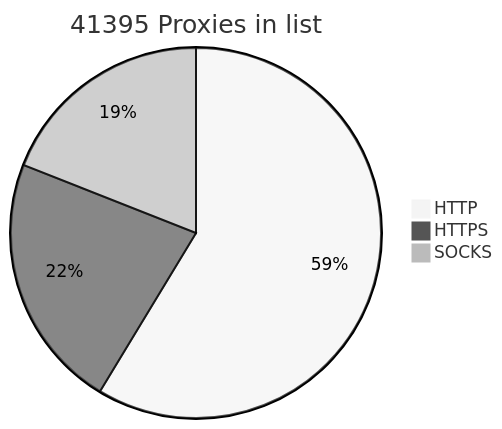
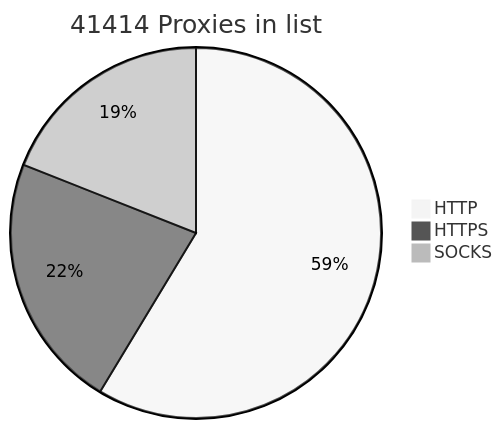
One commit to BlackSnowDot/proxylist-update-every-minute changed the diagram in README.md. Above: the diagram before and after it, drawn with Mermaid (neutral theme).

````diff
--- a/README.md
+++ b/README.md
@@ -2,6 +2,6 @@
 ```mermaid
-pie title 41395 Proxies in list
-    "HTTP" : 28499
-    "HTTPS": 10836
-    "SOCKS" : 9236
+pie title 41414 Proxies in list
+    "HTTP" : 28501
+    "HTTPS": 10856
+    "SOCKS" : 9237
 ```
````
